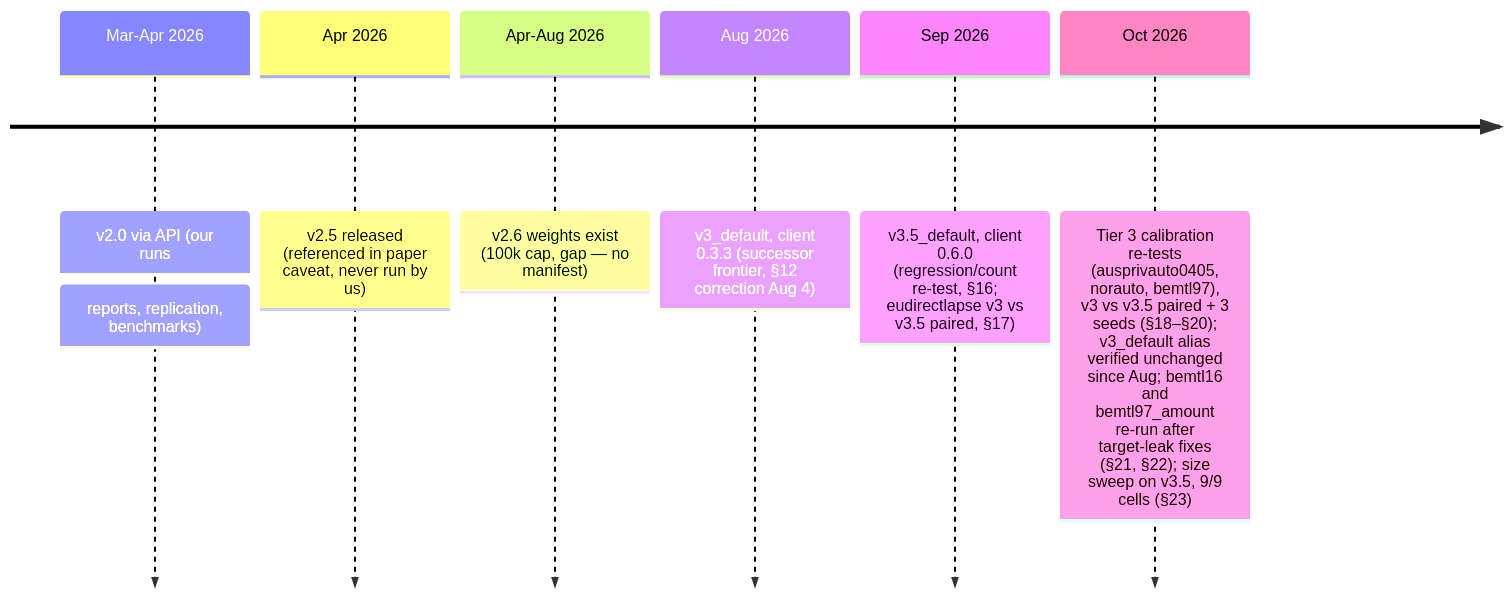
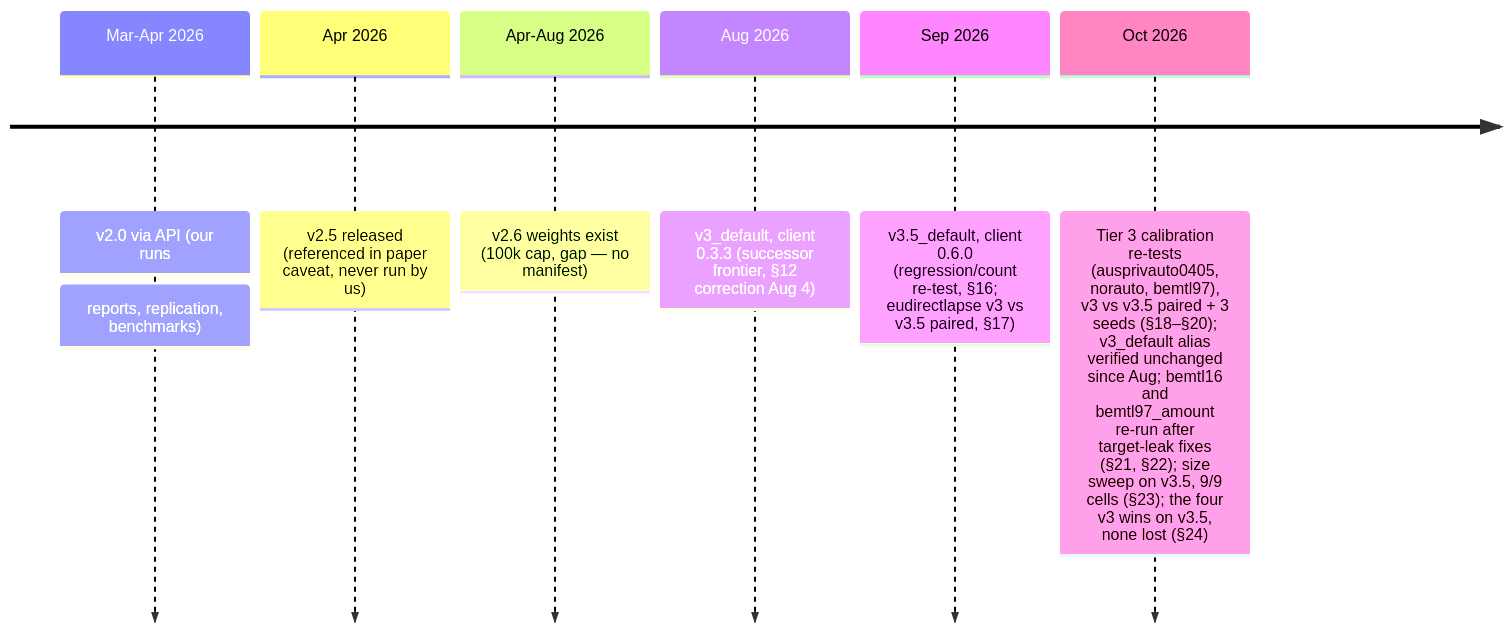
Before and after one commit to IFoA-ADSWP/tabular-foundation-model: the diagram in docs/MODEL_VERSIONS.md, drawn with Mermaid. The commit also changed other lines of this file and 47 other files, not shown here.

First line of the commit message:
feat: v3.5 re-test on the four v3 frontier wins — none lost (#222)

````diff
--- a/docs/MODEL_VERSIONS.md
+++ b/docs/MODEL_VERSIONS.md
@@ -27,9 +28,9 @@
 ```mermaid
 timeline
     Mar-Apr 2026 : v2.0 via API (our runs: reports, replication, benchmarks)
     Apr 2026 : v2.5 released (referenced in paper caveat, never run by us)
     Apr-Aug 2026 : v2.6 weights exist (100k cap, gap — no manifest)
     Aug 2026 : v3_default, client 0.3.3 (successor frontier, §12 correction Aug 4)
     Sep 2026 : v3.5_default, client 0.6.0 (regression/count re-test, §16; eudirectlapse v3 vs v3.5 paired, §17)
-    Oct 2026 : Tier 3 calibration re-tests (ausprivauto0405, norauto, bemtl97), v3 vs v3.5 paired + 3 seeds (§18–§20); v3_default alias verified unchanged since Aug; bemtl16 and bemtl97_amount re-run after target-leak fixes (§21, §22); size sweep on v3.5, 9/9 cells (§23)
+    Oct 2026 : Tier 3 calibration re-tests (ausprivauto0405, norauto, bemtl97), v3 vs v3.5 paired + 3 seeds (§18–§20); v3_default alias verified unchanged since Aug; bemtl16 and bemtl97_amount re-run after target-leak fixes (§21, §22); size sweep on v3.5, 9/9 cells (§23); the four v3 wins on v3.5, none lost (§24)
 ```
````
